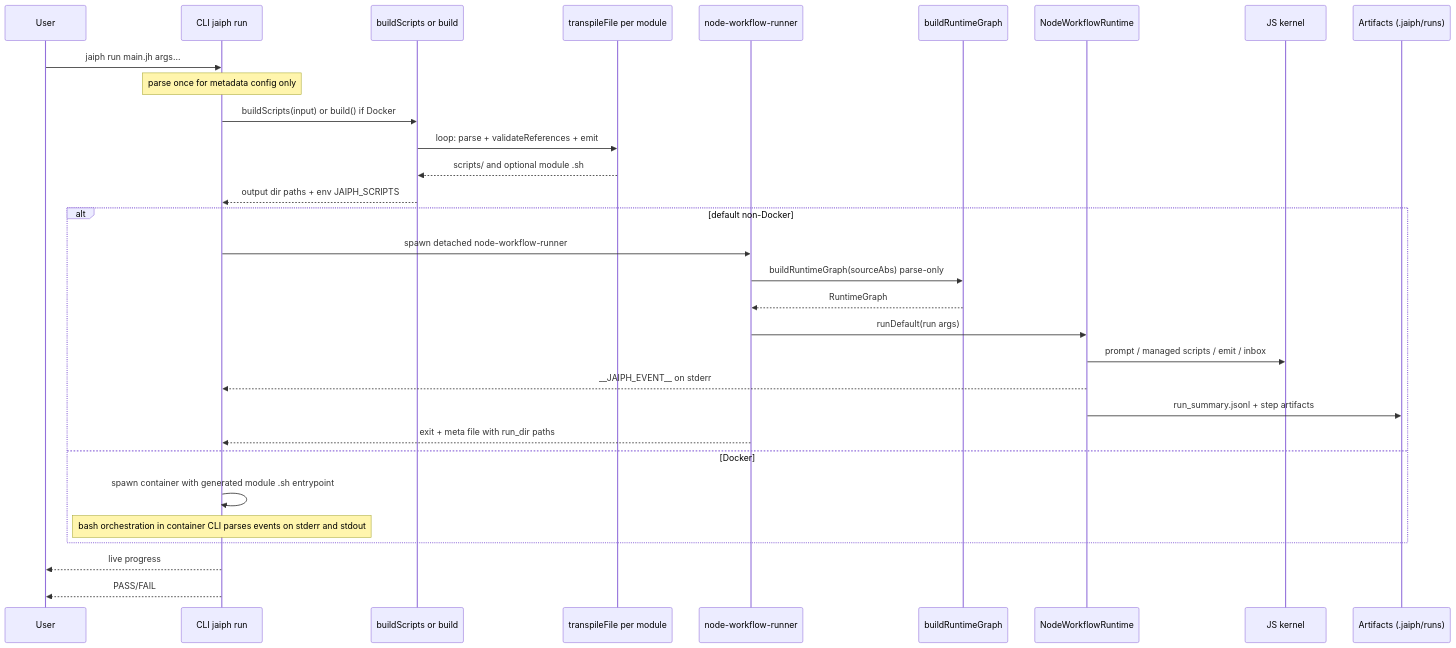
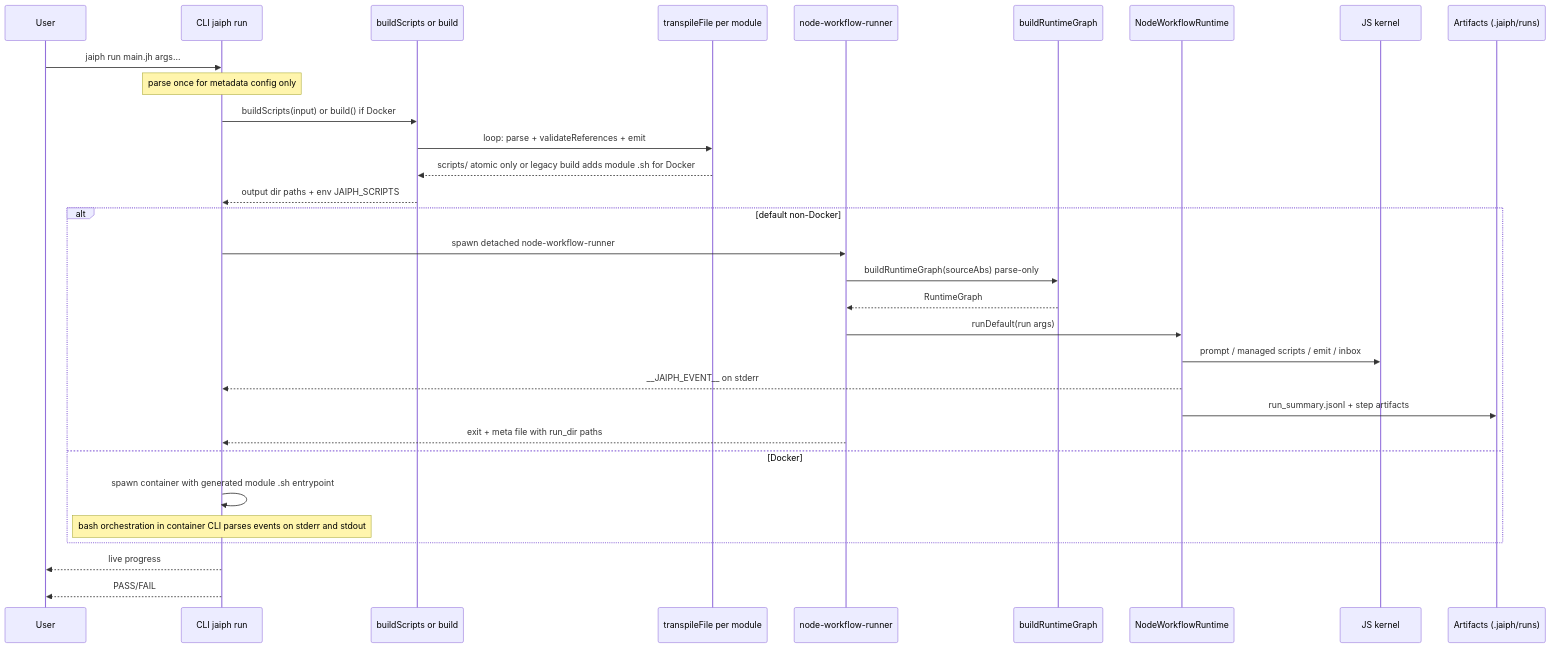
Before and after one commit to jaiphlang/jaiph: the second of 3 diagrams in ARCHITECTURE.md, drawn with Mermaid. The commit also changed other lines of this file and 1 other file, not shown here.

Commit message:
Queue: Update requirement to drop legacy workflow bash target

````diff
--- a/ARCHITECTURE.md
+++ b/ARCHITECTURE.md
@@ -148,34 +149,34 @@
 ```mermaid
 sequenceDiagram
     participant User
     participant CLI as CLI jaiph run
     participant Prep as buildScripts or build
     participant TF as transpileFile per module
     participant Runner as node-workflow-runner
     participant Graph as buildRuntimeGraph
     participant Runtime as NodeWorkflowRuntime
     participant Kernel as JS kernel
     participant Report as Artifacts (.jaiph/runs)
 
     User->>CLI: jaiph run main.jh args...
     Note over CLI: parse once for metadata config only
     CLI->>Prep: buildScripts(input) or build() if Docker
     Prep->>TF: loop: parse + validateReferences + emit
-    TF-->>Prep: scripts/ and optional module .sh
+    TF-->>Prep: scripts/ atomic only or legacy build adds module .sh for Docker
     Prep-->>CLI: output dir paths + env JAIPH_SCRIPTS
     alt default non-Docker
         CLI->>Runner: spawn detached node-workflow-runner
         Runner->>Graph: buildRuntimeGraph(sourceAbs) parse-only
         Graph-->>Runner: RuntimeGraph
         Runner->>Runtime: runDefault(run args)
         Runtime->>Kernel: prompt / managed scripts / emit / inbox
         Runtime-->>CLI: __JAIPH_EVENT__ on stderr
         Runtime->>Report: run_summary.jsonl + step artifacts
         Runner-->>CLI: exit + meta file with run_dir paths
     else Docker
         CLI->>CLI: spawn container with generated module .sh entrypoint
         Note over CLI: bash orchestration in container CLI parses events on stderr and stdout
     end
     CLI-->>User: live progress
     CLI-->>User: PASS/FAIL
 ```
````
